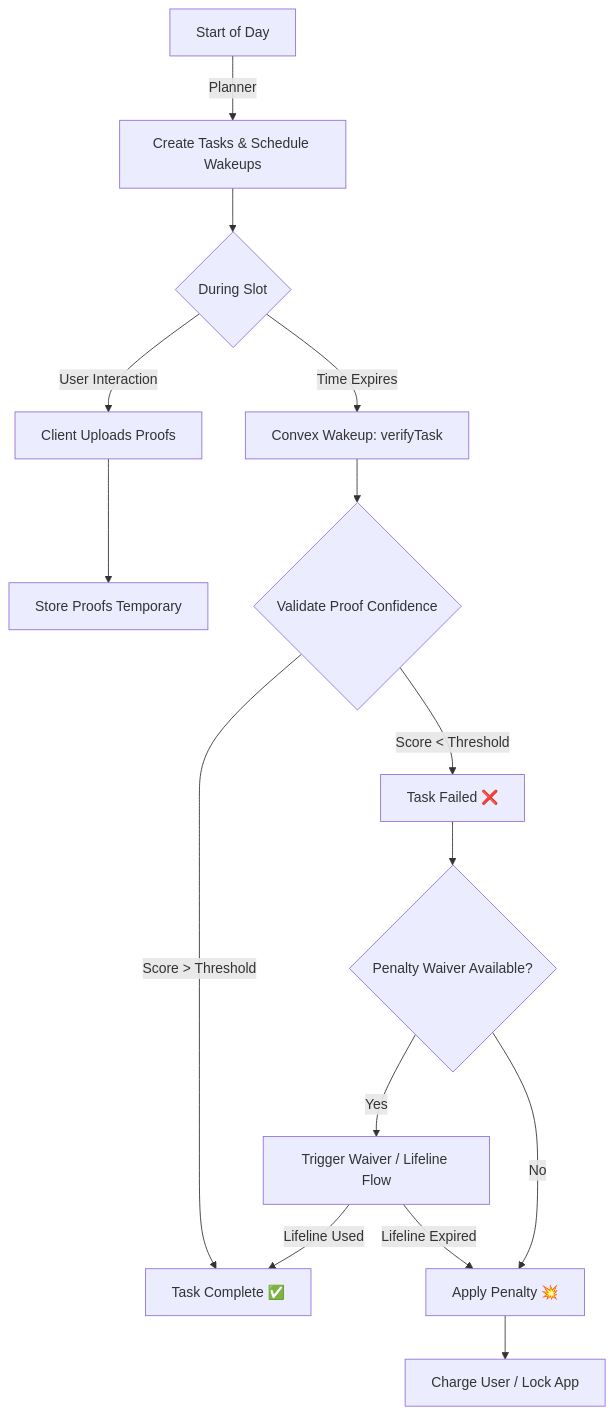
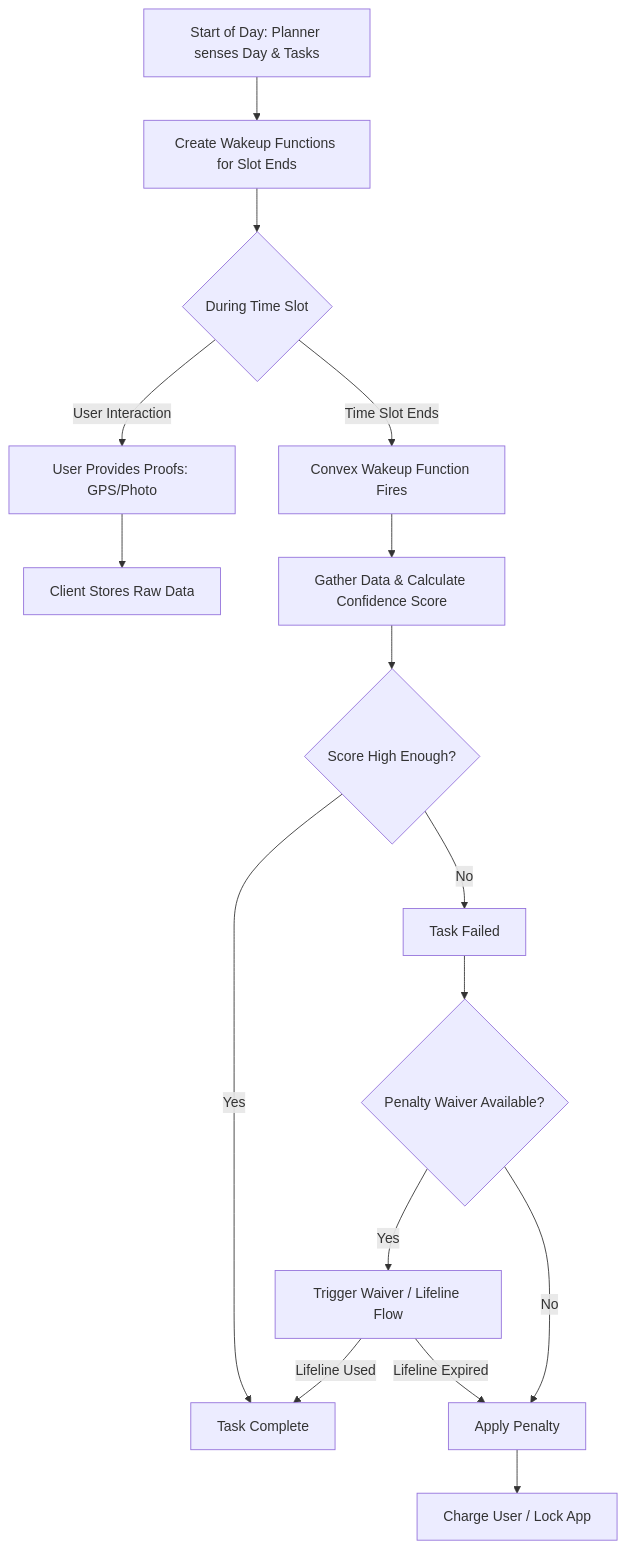
The diagram in 2026/january/day-03.mdx (Maajith9127/mintlify-docs), drawn with Mermaid before and after one commit. The commit also changed other lines of this file, not shown here.

````diff
--- a/2026/january/day-03.mdx
+++ b/2026/january/day-03.mdx
@@ -190,17 +183,18 @@
 ```mermaid
 graph TD
-    A[Start of Day] -->|Planner| B[Create Tasks & Schedule Wakeups]
-    B --> C{During Slot}
-    C -->|User Interaction| D[Client Uploads Proofs]
-    D --> E[Store Proofs Temporary]
-    C -->|Time Expires| F[Convex Wakeup: verifyTask]
-    F --> G{Validate Proof Confidence}
-    G -->|Score > Threshold| H[Task Complete ✅]
-    G -->|Score < Threshold| I[Task Failed ❌]
-    I --> J{Penalty Waiver Available?}
-    J -->|Yes| K[Trigger Waiver / Lifeline Flow]
-    K -->|Lifeline Used| H
-    K -->|Lifeline Expired| L
-    J -->|No| L[Apply Penalty 💥]
-    L --> M[Charge User / Lock App]
+    A[Start of Day: Planner senses Day & Tasks] --> B[Create Wakeup Functions for Slot Ends]
+    B --> C{During Time Slot}
+    C -->|User Interaction| D[User Provides Proofs: GPS/Photo]
+    D --> E[Client Stores Raw Data]
+    C -->|Time Slot Ends| F[Convex Wakeup Function Fires]
+    F --> G[Gather Data & Calculate Confidence Score]
+    G --> H{Score High Enough?}
+    H -->|Yes| I[Task Complete]
+    H -->|No| J[Task Failed]
+    J --> K{Penalty Waiver Available?}
+    K -->|Yes| L[Trigger Waiver / Lifeline Flow]
+    L -->|Lifeline Used| I
+    L -->|Lifeline Expired| M
+    K -->|No| M[Apply Penalty]
+    M --> N[Charge User / Lock App]
 ```
````
